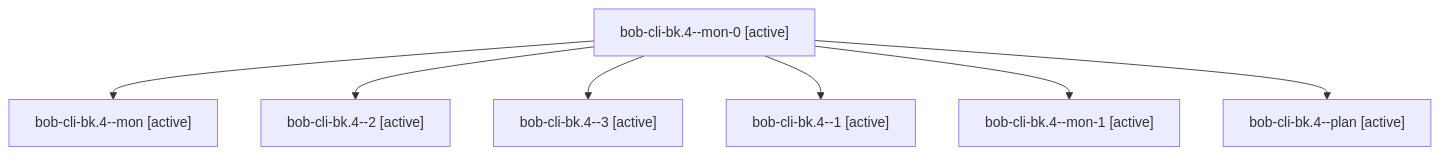
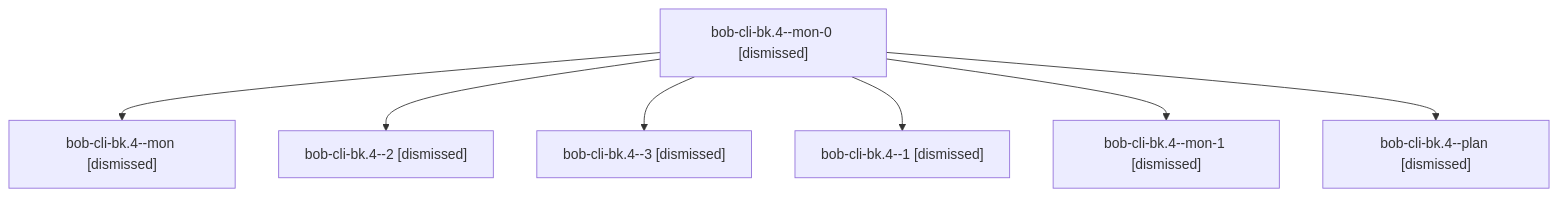
The diagram in sessions/bbugyi200.apollo.bob-cli-bk.4.md (bobs-org/bob-cli--agents), drawn with Mermaid before and after one commit. The commit also changed other lines of this file and 214 other files, not shown here.

````diff
--- a/sessions/bbugyi200.apollo.bob-cli-bk.4.md
+++ b/sessions/bbugyi200.apollo.bob-cli-bk.4.md
@@ -9,16 +9,16 @@
 ```mermaid
 flowchart TD
-  n0["bob-cli-bk.4--mon-0 [active]"]
-  n1["bob-cli-bk.4--mon [active]"]
+  n0["bob-cli-bk.4--mon-0 [dismissed]"]
+  n1["bob-cli-bk.4--mon [dismissed]"]
   n0 --> n1
-  n2["bob-cli-bk.4--2 [active]"]
+  n2["bob-cli-bk.4--2 [dismissed]"]
   n0 --> n2
-  n3["bob-cli-bk.4--3 [active]"]
+  n3["bob-cli-bk.4--3 [dismissed]"]
   n0 --> n3
-  n4["bob-cli-bk.4--1 [active]"]
+  n4["bob-cli-bk.4--1 [dismissed]"]
   n0 --> n4
-  n5["bob-cli-bk.4--mon-1 [active]"]
+  n5["bob-cli-bk.4--mon-1 [dismissed]"]
   n0 --> n5
-  n6["bob-cli-bk.4--plan [active]"]
+  n6["bob-cli-bk.4--plan [dismissed]"]
   n0 --> n6
 ```
````
